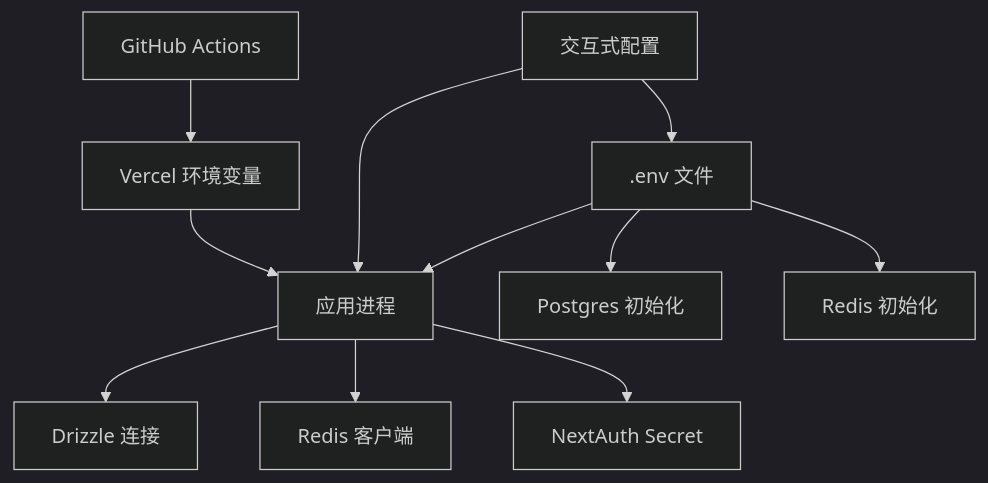
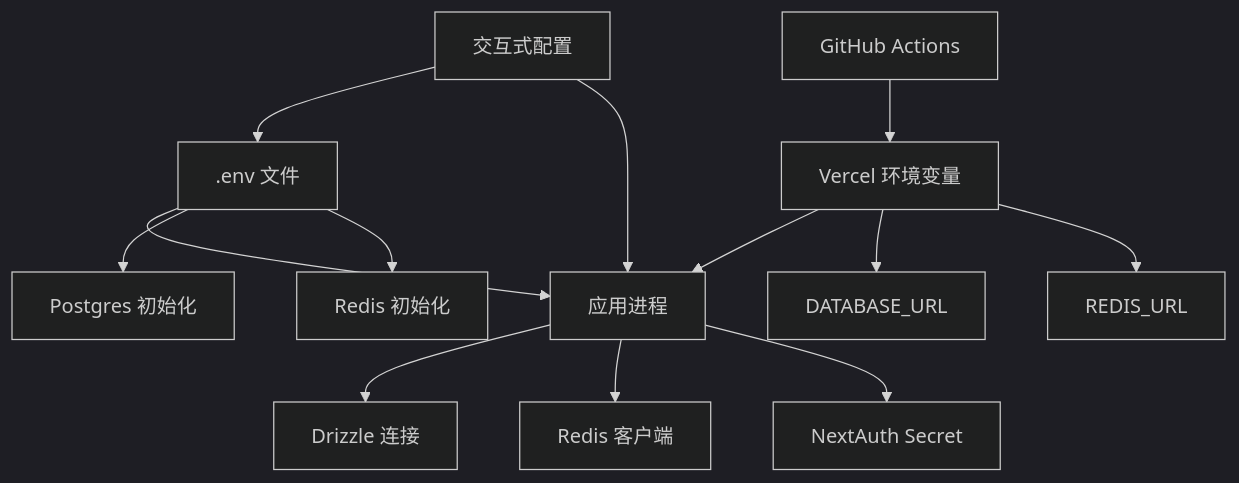
One commit to RadiumAg/AIGate changed the fifth of 12 diagrams in .qoder/repowiki/zh/content/配置与部署/配置与部署.md. Above: the diagram before and after it, drawn with Mermaid (dark theme). The commit also changed other lines of this file and 9 other files, not shown here.

````diff
--- a/.qoder/repowiki/zh/content/配置与部署/配置与部署.md
+++ b/.qoder/repowiki/zh/content/配置与部署/配置与部署.md
@@ -243,13 +247,15 @@
 ```mermaid
 flowchart TD
 Env[".env 文件"] --> APP["应用进程"]
 Env --> PG["Postgres 初始化"]
 Env --> RD["Redis 初始化"]
 APP --> DB["Drizzle 连接"]
 APP --> RC["Redis 客户端"]
 APP --> NA["NextAuth Secret"]
 Config["交互式配置"] --> Env
 Config --> APP
 GHA["GitHub Actions"] --> VercelEnv["Vercel 环境变量"]
 VercelEnv --> APP
+VercelEnv --> DBURL["DATABASE_URL"]
+VercelEnv --> RDSURL["REDIS_URL"]
 ```
````
